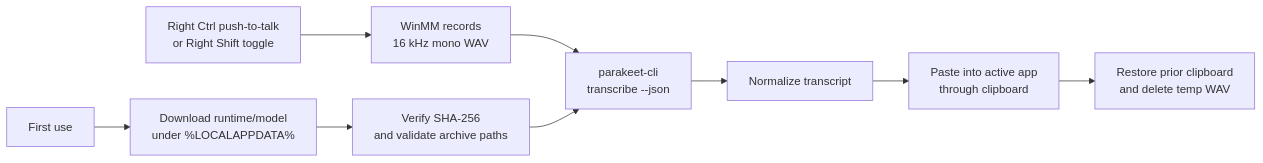
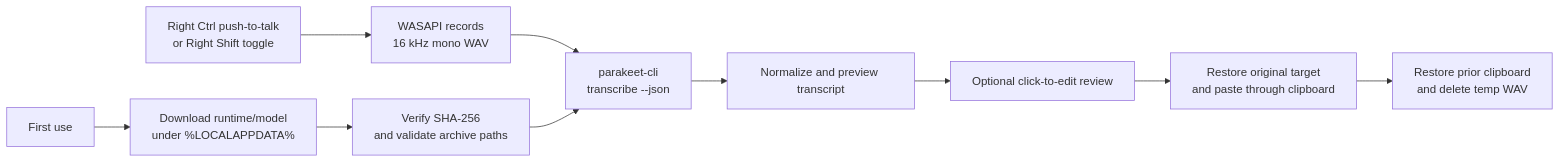
The diagram in README.md (DiscoStew6082/ptt-dictation), drawn with Mermaid before and after one commit. The commit also changed other lines of this file and 95 other files, not shown here.

````diff
--- a/README.md
+++ b/README.md
@@ -29,11 +31,12 @@
 ```mermaid
 flowchart LR
-    A[Right Ctrl push-to-talk<br/>or Right Shift toggle] --> B[WinMM records<br/>16 kHz mono WAV]
+    A[Right Ctrl push-to-talk<br/>or Right Shift toggle] --> B[WASAPI records<br/>16 kHz mono WAV]
     B --> C[parakeet-cli<br/>transcribe --json]
-    C --> D[Normalize transcript]
-    D --> E[Paste into active app<br/>through clipboard]
-    E --> F[Restore prior clipboard<br/>and delete temp WAV]
+    C --> D[Normalize and preview transcript]
+    D --> E[Optional click-to-edit review]
+    E --> F[Restore original target<br/>and paste through clipboard]
+    F --> J[Restore prior clipboard<br/>and delete temp WAV]
     G[First use] --> H[Download runtime/model<br/>under %LOCALAPPDATA%]
     H --> I[Verify SHA-256<br/>and validate archive paths]
     I --> C
 ```
````
